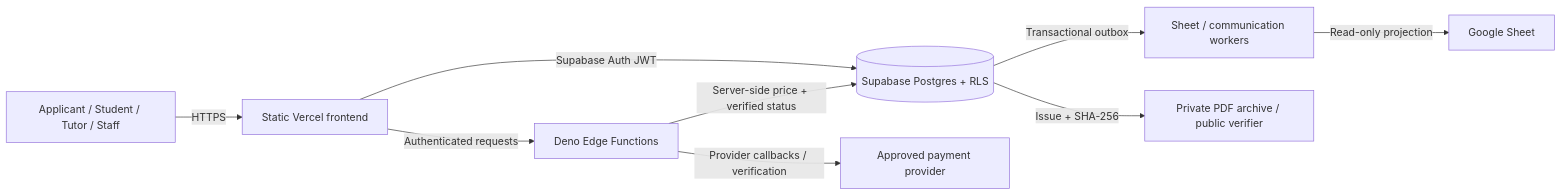
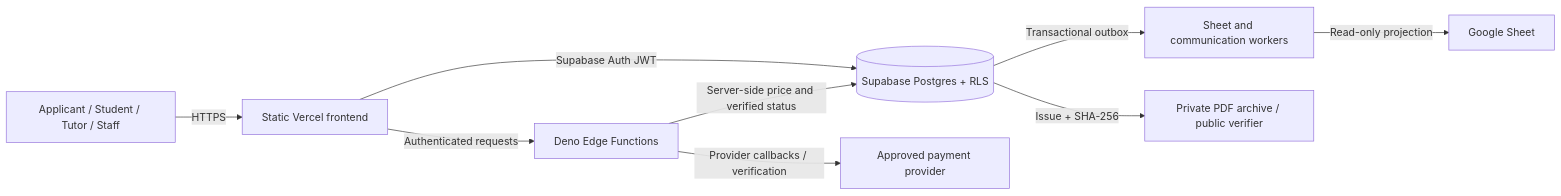
The diagram in README.md (suleabdu/ah_consult_ltd_portal), drawn with Mermaid before and after one commit. The commit also changed other lines of this file and 105 other files, not shown here.

````diff
--- a/README.md
+++ b/README.md
@@ -13,11 +31,11 @@
 ```mermaid
 flowchart LR
     User[Applicant / Student / Tutor / Staff] -->|HTTPS| UI[Static Vercel frontend]
     UI -->|Supabase Auth JWT| DB[(Supabase Postgres + RLS)]
     UI -->|Authenticated requests| Edge[Deno Edge Functions]
-    Edge -->|Server-side price + verified status| DB
+    Edge -->|Server-side price and verified status| DB
     Edge -->|Provider callbacks / verification| Pay[Approved payment provider]
-    DB -->|Transactional outbox| Worker[Sheet / communication workers]
+    DB -->|Transactional outbox| Worker[Sheet and communication workers]
     Worker -->|Read-only projection| Sheet[Google Sheet]
     DB -->|Issue + SHA-256| Docs[Private PDF archive / public verifier]
 ```
````
